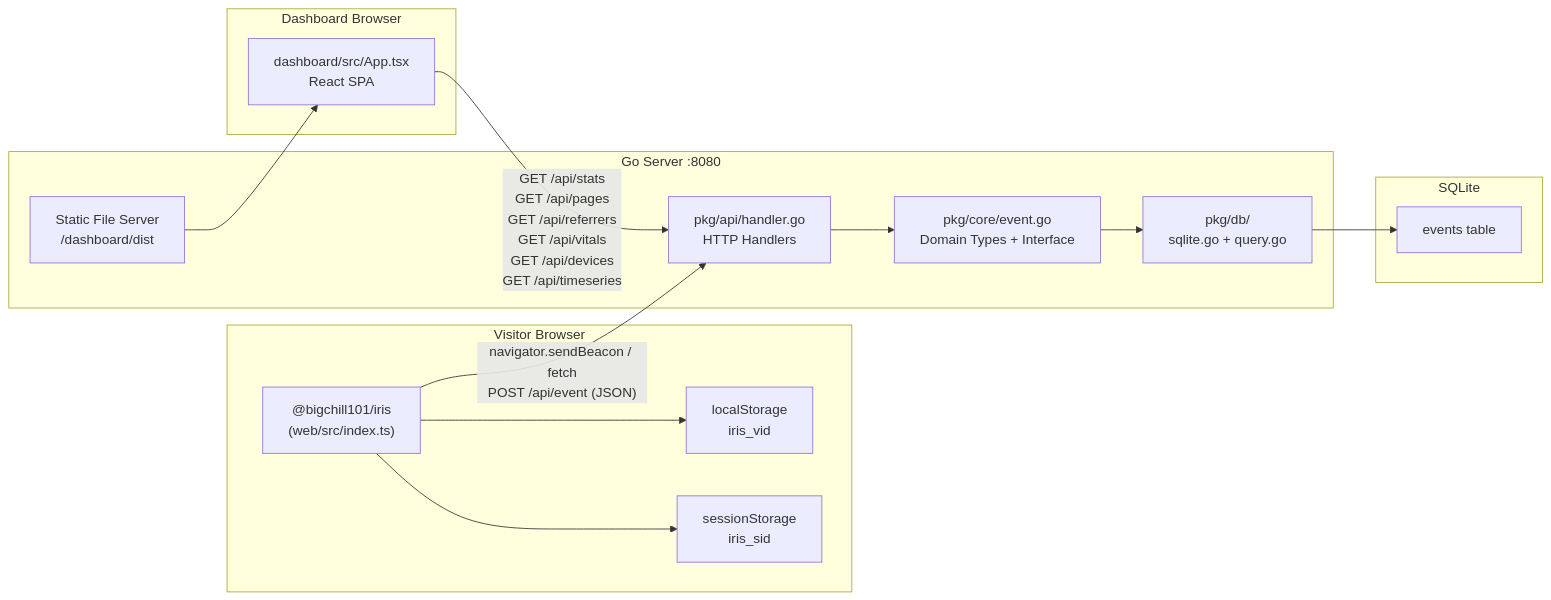
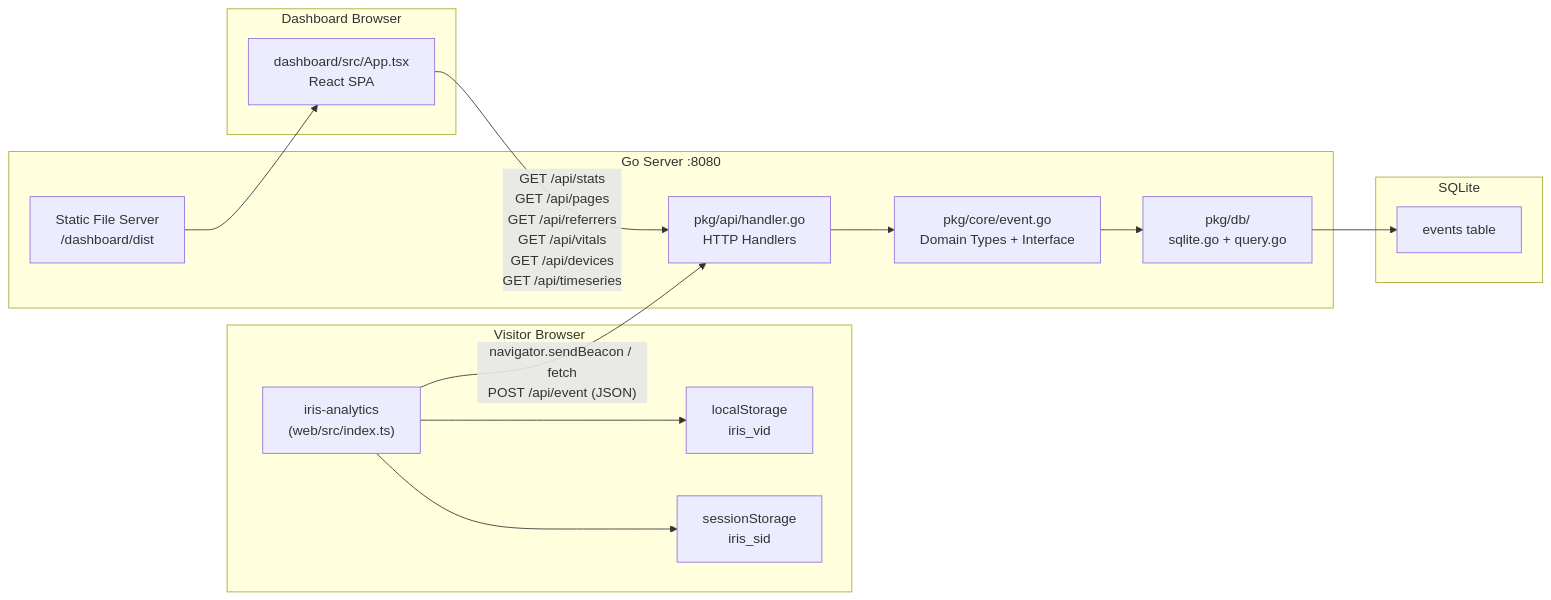
Before and after one commit to VatsalP117/iris: the diagram in iris_architecture.md, drawn with Mermaid. The commit also changed other lines of this file and 10 other files, not shown here.

````diff
--- a/iris_architecture.md
+++ b/iris_architecture.md
@@ -19,29 +19,29 @@
 ```mermaid
 flowchart LR
     subgraph "Visitor Browser"
-        SDK["@bigchill101/iris\n(web/src/index.ts)"]
+        SDK["iris-analytics\n(web/src/index.ts)"]
         LS["localStorage\niris_vid"]
         SS["sessionStorage\niris_sid"]
     end
 
     subgraph "Go Server :8080"
         API["pkg/api/handler.go\nHTTP Handlers"]
         CORE["pkg/core/event.go\nDomain Types + Interface"]
         DB["pkg/db/\nsqlite.go + query.go"]
         STATIC["Static File Server\n/dashboard/dist"]
     end
 
     subgraph "SQLite"
         TBL["events table"]
     end
 
     subgraph "Dashboard Browser"
         DASH["dashboard/src/App.tsx\nReact SPA"]
     end
 
     SDK -- "navigator.sendBeacon / fetch\nPOST /api/event (JSON)" --> API
     SDK --> LS & SS
     API --> CORE --> DB --> TBL
     DASH -- "GET /api/stats\nGET /api/pages\nGET /api/referrers\nGET /api/vitals\nGET /api/devices\nGET /api/timeseries" --> API
     STATIC --> DASH
 ```
````
